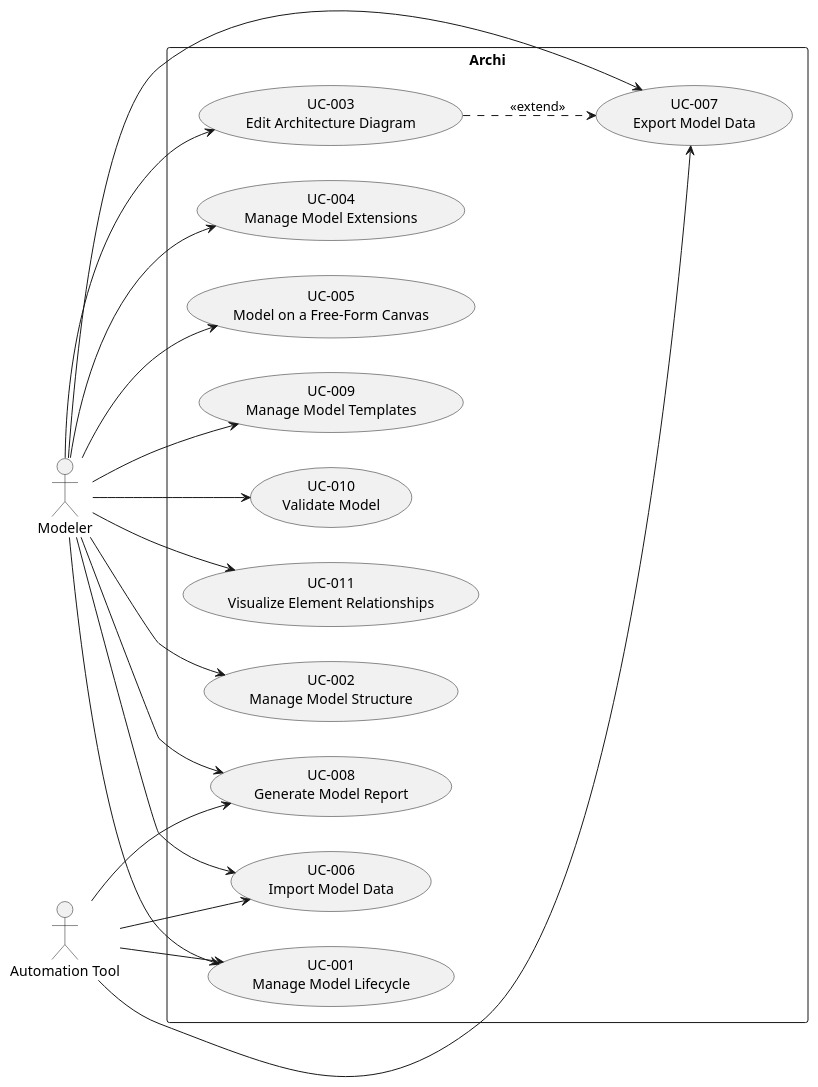
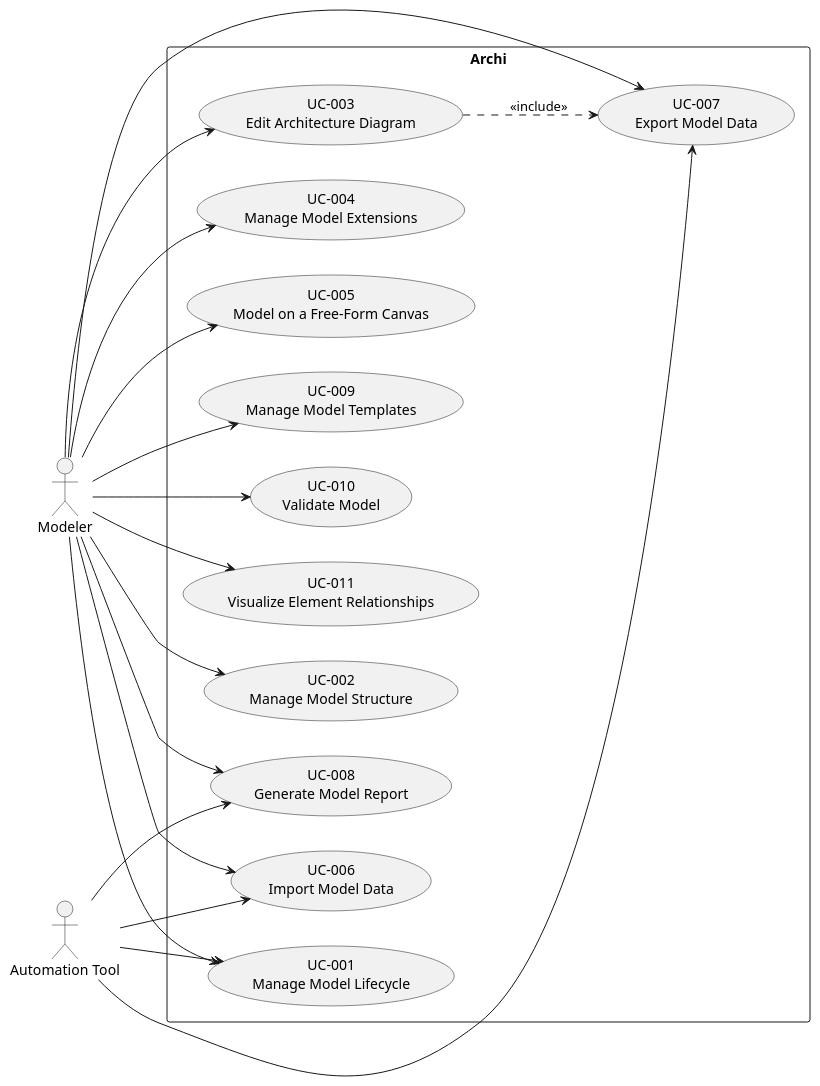
The diagram in docs/use_cases.puml (mrwylan/archi), drawn with PlantUML before and after one commit. The commit also changed 3 other files, not shown here.

```diff
--- a/docs/use_cases.puml
+++ b/docs/use_cases.puml
@@ -1,40 +1,40 @@
 @startuml Use Cases Overview
 left to right direction
 
 actor "Modeler" as modeler
 actor "Automation Tool" as automation
 
 rectangle "Archi" {
     usecase "UC-001\nManage Model Lifecycle" as UC001
     usecase "UC-002\nManage Model Structure" as UC002
     usecase "UC-003\nEdit Architecture Diagram" as UC003
     usecase "UC-004\nManage Model Extensions" as UC004
     usecase "UC-005\nModel on a Free-Form Canvas" as UC005
     usecase "UC-006\nImport Model Data" as UC006
     usecase "UC-007\nExport Model Data" as UC007
     usecase "UC-008\nGenerate Model Report" as UC008
     usecase "UC-009\nManage Model Templates" as UC009
     usecase "UC-010\nValidate Model" as UC010
     usecase "UC-011\nVisualize Element Relationships" as UC011
 }
 
 modeler --> UC001
 modeler --> UC002
 modeler --> UC003
 modeler --> UC004
 modeler --> UC005
 modeler --> UC006
 modeler --> UC007
 modeler --> UC008
 modeler --> UC009
 modeler --> UC010
 modeler --> UC011
 
 automation --> UC001
 automation --> UC006
 automation --> UC007
 automation --> UC008
 
-UC003 ..> UC007 : <<extend>>
+UC003 ..> UC007 : <<include>>
 
 @enduml
```
